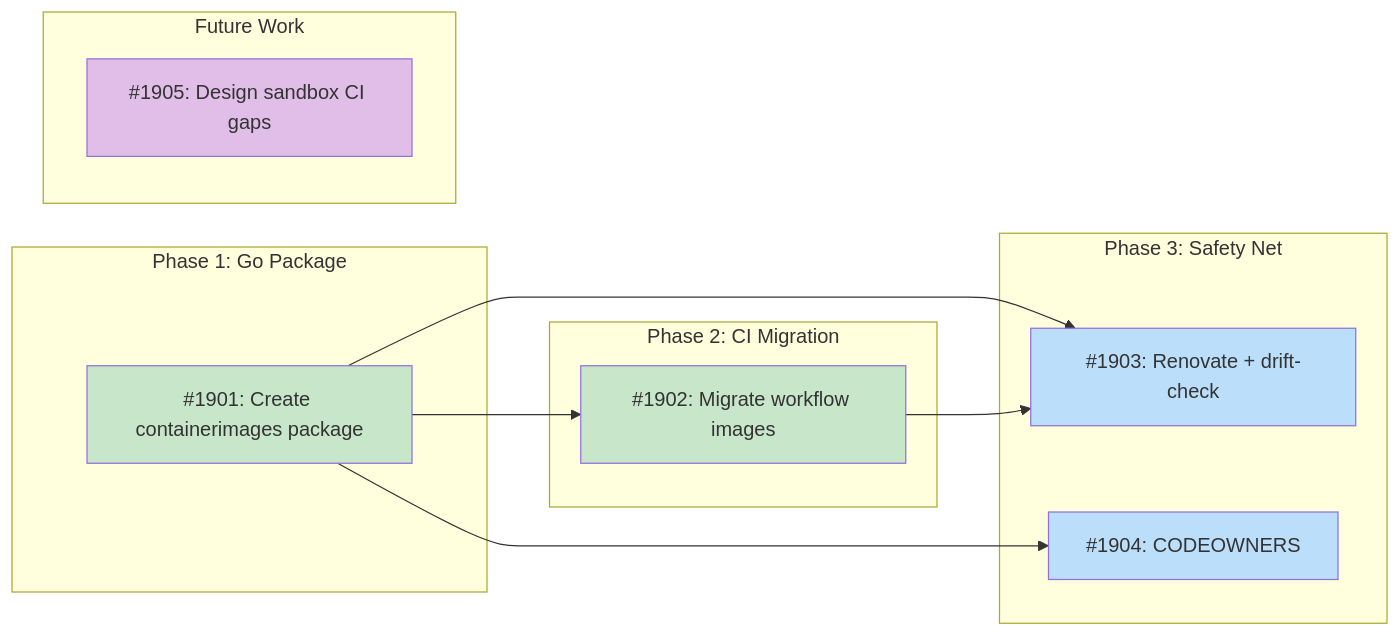
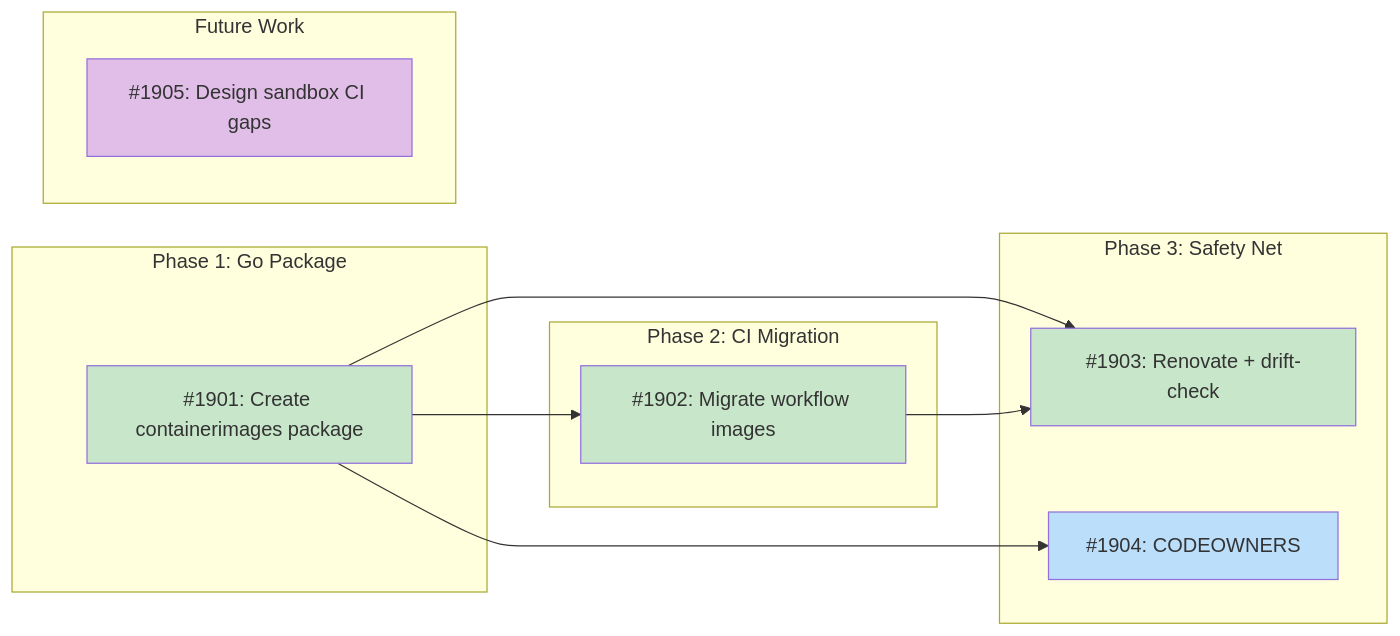
One commit to tsukumogami/tsuku changed the diagram in docs/designs/DESIGN-sandbox-image-unification.md. Above: the diagram before and after it, drawn with Mermaid. The commit also changed other lines of this file and 7 other files, not shown here.

````diff
--- a/docs/designs/DESIGN-sandbox-image-unification.md
+++ b/docs/designs/DESIGN-sandbox-image-unification.md
@@ -53,36 +53,36 @@
 ```mermaid
 graph LR
     subgraph Phase1["Phase 1: Go Package"]
         I1901["#1901: Create containerimages package"]
     end
 
     subgraph Phase2["Phase 2: CI Migration"]
         I1902["#1902: Migrate workflow images"]
     end
 
     subgraph Phase3["Phase 3: Safety Net"]
         I1903["#1903: Renovate + drift-check"]
         I1904["#1904: CODEOWNERS"]
     end
 
     subgraph Future["Future Work"]
         I1905["#1905: Design sandbox CI gaps"]
     end
 
     I1901 --> I1902
     I1901 --> I1903
     I1901 --> I1904
     I1902 --> I1903
 
     classDef done fill:#c8e6c9
     classDef ready fill:#bbdefb
     classDef blocked fill:#fff9c4
     classDef needsDesign fill:#e1bee7
     classDef tracksDesign fill:#FFE0B2,stroke:#F57C00,color:#000
 
     class I1901 done
     class I1902 done
     class I1904 ready
-    class I1903 ready
+    class I1903 done
     class I1905 needsDesign
 ```
````
